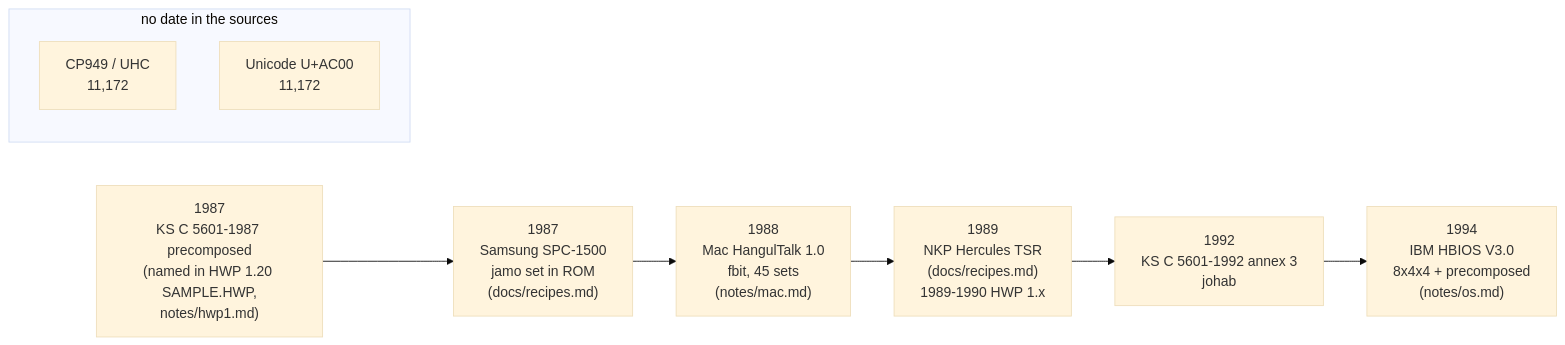
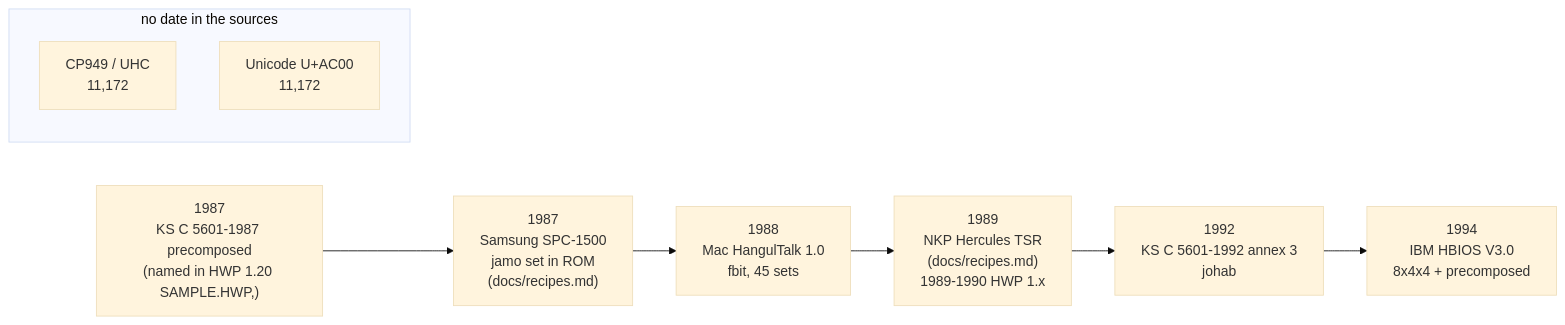
One commit to TaehyunKimLL/svf-fonts-open changed the sixth of 27 diagrams in docs/jamo-sets.md. Above: the diagram before and after it, drawn with Mermaid (base theme). The commit also changed other lines of this file and 7 other files, not shown here.

````diff
--- a/docs/jamo-sets.md
+++ b/docs/jamo-sets.md
@@ -213,14 +208,14 @@
 ```mermaid
 flowchart LR
-  A["1987<br/>KS C 5601-1987 precomposed<br/>(named in HWP 1.20 SAMPLE.HWP,<br/>notes/hwp1.md)"]
+  A["1987<br/>KS C 5601-1987 precomposed<br/>(named in HWP 1.20 SAMPLE.HWP,)"]
   B["1987<br/>Samsung SPC-1500<br/>jamo set in ROM<br/>(docs/recipes.md)"]
-  C["1988<br/>Mac HangulTalk 1.0<br/>fbit, 45 sets<br/>(notes/mac.md)"]
+  C["1988<br/>Mac HangulTalk 1.0<br/>fbit, 45 sets<br/>"]
   D["1989<br/>NKP Hercules TSR<br/>(docs/recipes.md)<br/>1989-1990 HWP 1.x"]
   E["1992<br/>KS C 5601-1992 annex 3<br/>johab"]
-  F["1994<br/>IBM HBIOS V3.0<br/>8x4x4 + precomposed<br/>(notes/os.md)"]
+  F["1994<br/>IBM HBIOS V3.0<br/>8x4x4 + precomposed<br/>"]
   A --> B --> C --> D --> E --> F
   subgraph N["no date in the sources"]
     G["CP949 / UHC<br/>11,172"]
     H["Unicode U+AC00<br/>11,172"]
   end
 ```
````
